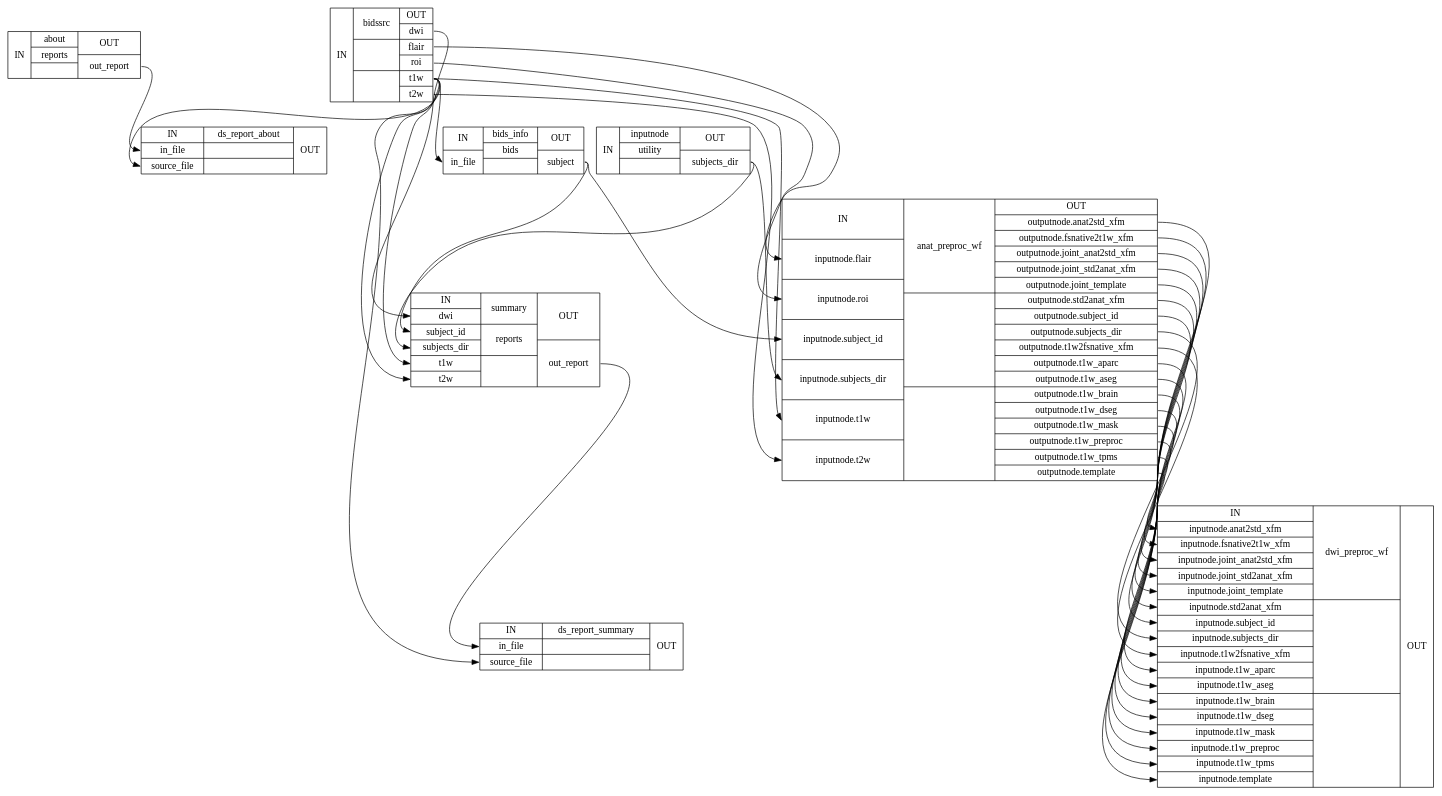
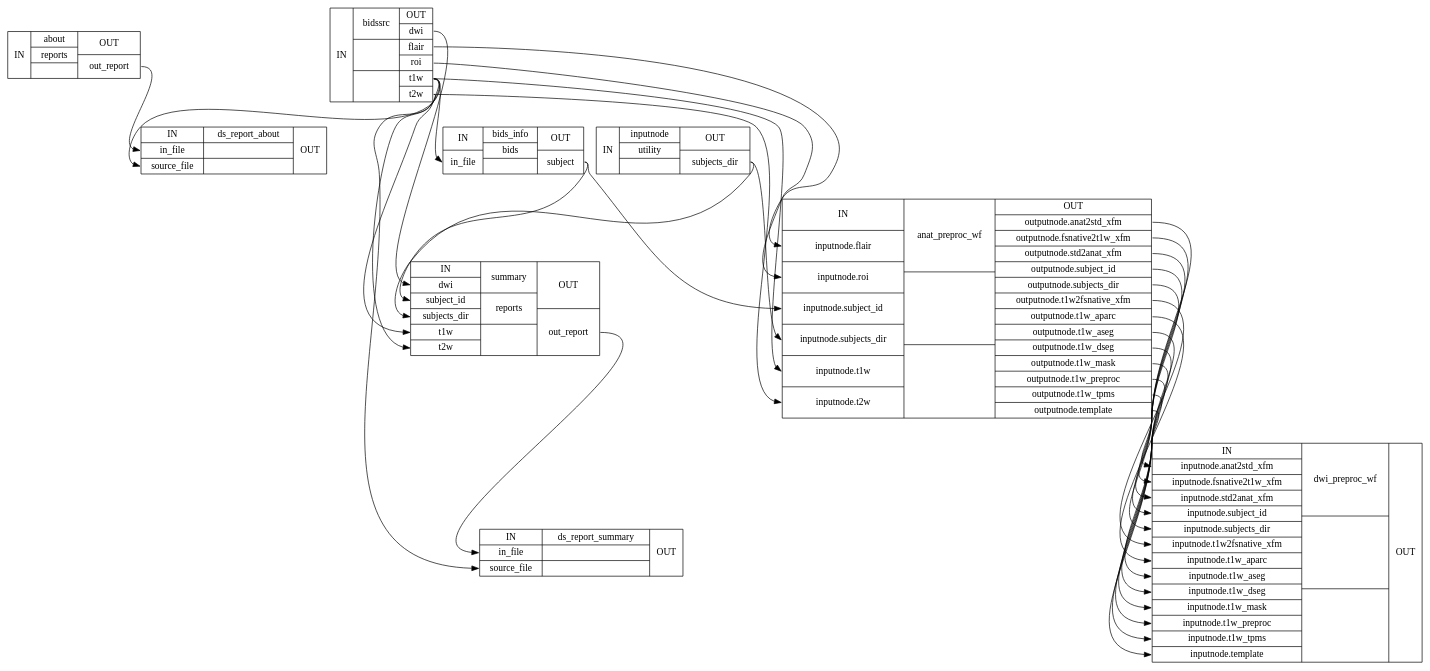
The diagram in master/wf_directive/api/single_subject_THP0005_wf/dmriprep-workflows-base-2_detailed.dot (nipreps/dmriprep), drawn with Graphviz before and after one commit. The commit also changed 216 other files, not shown here.

```diff
--- a/master/wf_directive/api/single_subject_THP0005_wf/dmriprep-workflows-base-2_detailed.dot
+++ b/master/wf_directive/api/single_subject_THP0005_wf/dmriprep-workflows-base-2_detailed.dot
@@ -1,45 +1,41 @@
 digraph structs {
 node [shape=record];
 single_subject_THP0005_wfabout [label="{IN}|{ about | reports |  }|{OUT|<outoutreport> out_report}"];
 single_subject_THP0005_wfbidssrc [label="{IN}|{ bidssrc |  |  }|{OUT|<outdwi> dwi|<outflair> flair|<outroi> roi|<outt1w> t1w|<outt2w> t2w}"];
 single_subject_THP0005_wfds_report_about [label="{IN|<ininfile> in_file|<insourcefile> source_file}|{ ds_report_about |  |  }|{OUT}"];
 single_subject_THP0005_wfbids_info [label="{IN|<ininfile> in_file}|{ bids_info | bids |  }|{OUT|<outsubject> subject}"];
 single_subject_THP0005_wfinputnode [label="{IN}|{ inputnode | utility |  }|{OUT|<outsubjectsdir> subjects_dir}"];
 single_subject_THP0005_wfsummary [label="{IN|<indwi> dwi|<insubjectid> subject_id|<insubjectsdir> subjects_dir|<int1w> t1w|<int2w> t2w}|{ summary | reports |  }|{OUT|<outoutreport> out_report}"];
 single_subject_THP0005_wfds_report_summary [label="{IN|<ininfile> in_file|<insourcefile> source_file}|{ ds_report_summary |  |  }|{OUT}"];
-single_subject_THP0005_wfanat_preproc_wf [label="{IN|<ininputnodeflair> inputnode.flair|<ininputnoderoi> inputnode.roi|<ininputnodesubjectid> inputnode.subject_id|<ininputnodesubjectsdir> inputnode.subjects_dir|<ininputnodet1w> inputnode.t1w|<ininputnodet2w> inputnode.t2w}|{ anat_preproc_wf |  |  }|{OUT|<outoutputnodeanat2stdxfm> outputnode.anat2std_xfm|<outoutputnodefsnative2t1wxfm> outputnode.fsnative2t1w_xfm|<outoutputnodejointanat2stdxfm> outputnode.joint_anat2std_xfm|<outoutputnodejointstd2anatxfm> outputnode.joint_std2anat_xfm|<outoutputnodejointtemplate> outputnode.joint_template|<outoutputnodestd2anatxfm> outputnode.std2anat_xfm|<outoutputnodesubjectid> outputnode.subject_id|<outoutputnodesubjectsdir> outputnode.subjects_dir|<outoutputnodet1w2fsnativexfm> outputnode.t1w2fsnative_xfm|<outoutputnodet1waparc> outputnode.t1w_aparc|<outoutputnodet1waseg> outputnode.t1w_aseg|<outoutputnodet1wbrain> outputnode.t1w_brain|<outoutputnodet1wdseg> outputnode.t1w_dseg|<outoutputnodet1wmask> outputnode.t1w_mask|<outoutputnodet1wpreproc> outputnode.t1w_preproc|<outoutputnodet1wtpms> outputnode.t1w_tpms|<outoutputnodetemplate> outputnode.template}"];
-single_subject_THP0005_wfdwi_preproc_wf [label="{IN|<ininputnodeanat2stdxfm> inputnode.anat2std_xfm|<ininputnodefsnative2t1wxfm> inputnode.fsnative2t1w_xfm|<ininputnodejointanat2stdxfm> inputnode.joint_anat2std_xfm|<ininputnodejointstd2anatxfm> inputnode.joint_std2anat_xfm|<ininputnodejointtemplate> inputnode.joint_template|<ininputnodestd2anatxfm> inputnode.std2anat_xfm|<ininputnodesubjectid> inputnode.subject_id|<ininputnodesubjectsdir> inputnode.subjects_dir|<ininputnodet1w2fsnativexfm> inputnode.t1w2fsnative_xfm|<ininputnodet1waparc> inputnode.t1w_aparc|<ininputnodet1waseg> inputnode.t1w_aseg|<ininputnodet1wbrain> inputnode.t1w_brain|<ininputnodet1wdseg> inputnode.t1w_dseg|<ininputnodet1wmask> inputnode.t1w_mask|<ininputnodet1wpreproc> inputnode.t1w_preproc|<ininputnodet1wtpms> inputnode.t1w_tpms|<ininputnodetemplate> inputnode.template}|{ dwi_preproc_wf |  |  }|{OUT}"];
+single_subject_THP0005_wfanat_preproc_wf [label="{IN|<ininputnodeflair> inputnode.flair|<ininputnoderoi> inputnode.roi|<ininputnodesubjectid> inputnode.subject_id|<ininputnodesubjectsdir> inputnode.subjects_dir|<ininputnodet1w> inputnode.t1w|<ininputnodet2w> inputnode.t2w}|{ anat_preproc_wf |  |  }|{OUT|<outoutputnodeanat2stdxfm> outputnode.anat2std_xfm|<outoutputnodefsnative2t1wxfm> outputnode.fsnative2t1w_xfm|<outoutputnodestd2anatxfm> outputnode.std2anat_xfm|<outoutputnodesubjectid> outputnode.subject_id|<outoutputnodesubjectsdir> outputnode.subjects_dir|<outoutputnodet1w2fsnativexfm> outputnode.t1w2fsnative_xfm|<outoutputnodet1waparc> outputnode.t1w_aparc|<outoutputnodet1waseg> outputnode.t1w_aseg|<outoutputnodet1wdseg> outputnode.t1w_dseg|<outoutputnodet1wmask> outputnode.t1w_mask|<outoutputnodet1wpreproc> outputnode.t1w_preproc|<outoutputnodet1wtpms> outputnode.t1w_tpms|<outoutputnodetemplate> outputnode.template}"];
+single_subject_THP0005_wfdwi_preproc_wf [label="{IN|<ininputnodeanat2stdxfm> inputnode.anat2std_xfm|<ininputnodefsnative2t1wxfm> inputnode.fsnative2t1w_xfm|<ininputnodestd2anatxfm> inputnode.std2anat_xfm|<ininputnodesubjectid> inputnode.subject_id|<ininputnodesubjectsdir> inputnode.subjects_dir|<ininputnodet1w2fsnativexfm> inputnode.t1w2fsnative_xfm|<ininputnodet1waparc> inputnode.t1w_aparc|<ininputnodet1waseg> inputnode.t1w_aseg|<ininputnodet1wdseg> inputnode.t1w_dseg|<ininputnodet1wmask> inputnode.t1w_mask|<ininputnodet1wpreproc> inputnode.t1w_preproc|<ininputnodet1wtpms> inputnode.t1w_tpms|<ininputnodetemplate> inputnode.template}|{ dwi_preproc_wf |  |  }|{OUT}"];
 single_subject_THP0005_wfabout:outoutreport:e -> single_subject_THP0005_wfds_report_about:ininfile:w;
 single_subject_THP0005_wfanat_preproc_wf:outoutputnodeanat2stdxfm:e -> single_subject_THP0005_wfdwi_preproc_wf:ininputnodeanat2stdxfm:w;
 single_subject_THP0005_wfanat_preproc_wf:outoutputnodefsnative2t1wxfm:e -> single_subject_THP0005_wfdwi_preproc_wf:ininputnodefsnative2t1wxfm:w;
-single_subject_THP0005_wfanat_preproc_wf:outoutputnodejointanat2stdxfm:e -> single_subject_THP0005_wfdwi_preproc_wf:ininputnodejointanat2stdxfm:w;
-single_subject_THP0005_wfanat_preproc_wf:outoutputnodejointstd2anatxfm:e -> single_subject_THP0005_wfdwi_preproc_wf:ininputnodejointstd2anatxfm:w;
-single_subject_THP0005_wfanat_preproc_wf:outoutputnodejointtemplate:e -> single_subject_THP0005_wfdwi_preproc_wf:ininputnodejointtemplate:w;
 single_subject_THP0005_wfanat_preproc_wf:outoutputnodestd2anatxfm:e -> single_subject_THP0005_wfdwi_preproc_wf:ininputnodestd2anatxfm:w;
 single_subject_THP0005_wfanat_preproc_wf:outoutputnodesubjectid:e -> single_subject_THP0005_wfdwi_preproc_wf:ininputnodesubjectid:w;
 single_subject_THP0005_wfanat_preproc_wf:outoutputnodesubjectsdir:e -> single_subject_THP0005_wfdwi_preproc_wf:ininputnodesubjectsdir:w;
 single_subject_THP0005_wfanat_preproc_wf:outoutputnodet1w2fsnativexfm:e -> single_subject_THP0005_wfdwi_preproc_wf:ininputnodet1w2fsnativexfm:w;
 single_subject_THP0005_wfanat_preproc_wf:outoutputnodet1waparc:e -> single_subject_THP0005_wfdwi_preproc_wf:ininputnodet1waparc:w;
 single_subject_THP0005_wfanat_preproc_wf:outoutputnodet1waseg:e -> single_subject_THP0005_wfdwi_preproc_wf:ininputnodet1waseg:w;
-single_subject_THP0005_wfanat_preproc_wf:outoutputnodet1wbrain:e -> single_subject_THP0005_wfdwi_preproc_wf:ininputnodet1wbrain:w;
 single_subject_THP0005_wfanat_preproc_wf:outoutputnodet1wdseg:e -> single_subject_THP0005_wfdwi_preproc_wf:ininputnodet1wdseg:w;
 single_subject_THP0005_wfanat_preproc_wf:outoutputnodet1wmask:e -> single_subject_THP0005_wfdwi_preproc_wf:ininputnodet1wmask:w;
 single_subject_THP0005_wfanat_preproc_wf:outoutputnodet1wpreproc:e -> single_subject_THP0005_wfdwi_preproc_wf:ininputnodet1wpreproc:w;
 single_subject_THP0005_wfanat_preproc_wf:outoutputnodet1wtpms:e -> single_subject_THP0005_wfdwi_preproc_wf:ininputnodet1wtpms:w;
 single_subject_THP0005_wfanat_preproc_wf:outoutputnodetemplate:e -> single_subject_THP0005_wfdwi_preproc_wf:ininputnodetemplate:w;
 single_subject_THP0005_wfbids_info:outsubject:e -> single_subject_THP0005_wfanat_preproc_wf:ininputnodesubjectid:w;
 single_subject_THP0005_wfbids_info:outsubject:e -> single_subject_THP0005_wfsummary:insubjectid:w;
 single_subject_THP0005_wfbidssrc:outdwi:e -> single_subject_THP0005_wfsummary:indwi:w;
 single_subject_THP0005_wfbidssrc:outflair:e -> single_subject_THP0005_wfanat_preproc_wf:ininputnodeflair:w;
 single_subject_THP0005_wfbidssrc:outroi:e -> single_subject_THP0005_wfanat_preproc_wf:ininputnoderoi:w;
 single_subject_THP0005_wfbidssrc:outt1w:e -> single_subject_THP0005_wfanat_preproc_wf:ininputnodet1w:w;
 single_subject_THP0005_wfbidssrc:outt1w:e -> single_subject_THP0005_wfbids_info:ininfile:w;
 single_subject_THP0005_wfbidssrc:outt1w:e -> single_subject_THP0005_wfds_report_about:insourcefile:w;
 single_subject_THP0005_wfbidssrc:outt1w:e -> single_subject_THP0005_wfds_report_summary:insourcefile:w;
 single_subject_THP0005_wfbidssrc:outt1w:e -> single_subject_THP0005_wfsummary:int1w:w;
 single_subject_THP0005_wfbidssrc:outt2w:e -> single_subject_THP0005_wfanat_preproc_wf:ininputnodet2w:w;
 single_subject_THP0005_wfbidssrc:outt2w:e -> single_subject_THP0005_wfsummary:int2w:w;
 single_subject_THP0005_wfinputnode:outsubjectsdir:e -> single_subject_THP0005_wfanat_preproc_wf:ininputnodesubjectsdir:w;
 single_subject_THP0005_wfinputnode:outsubjectsdir:e -> single_subject_THP0005_wfsummary:insubjectsdir:w;
 single_subject_THP0005_wfsummary:outoutreport:e -> single_subject_THP0005_wfds_report_summary:ininfile:w;
 }
```
